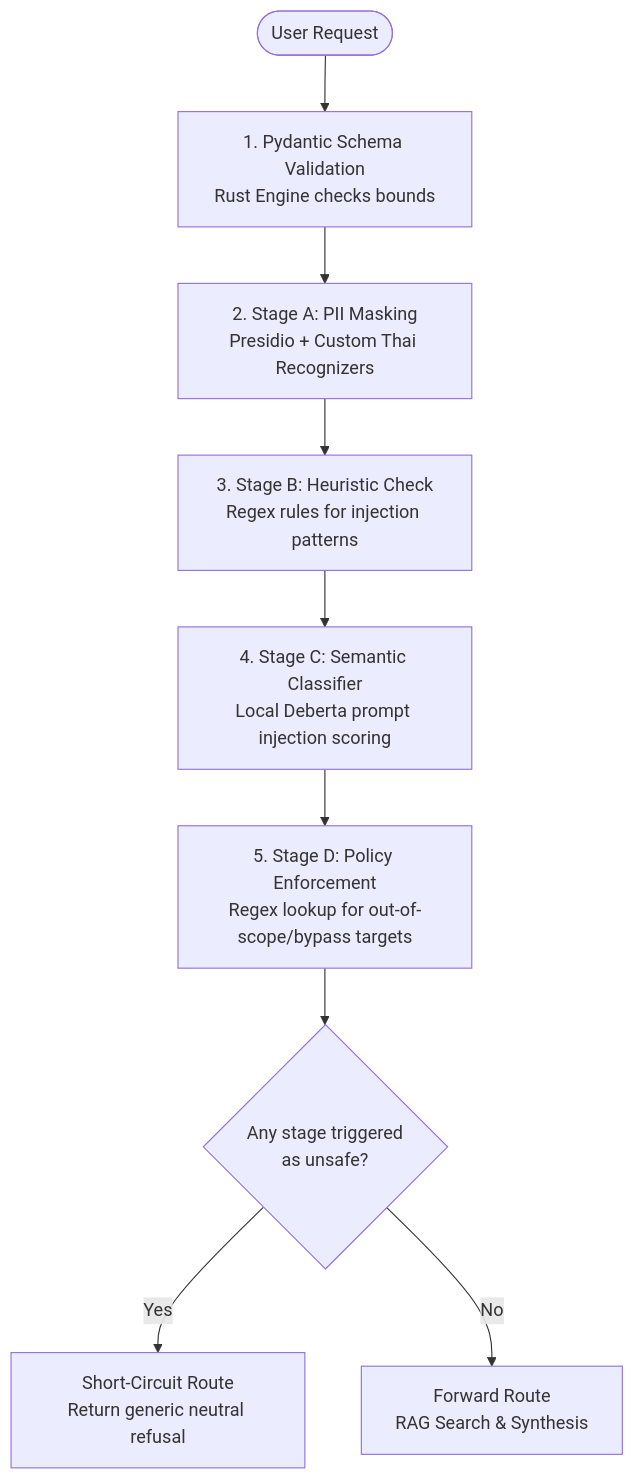
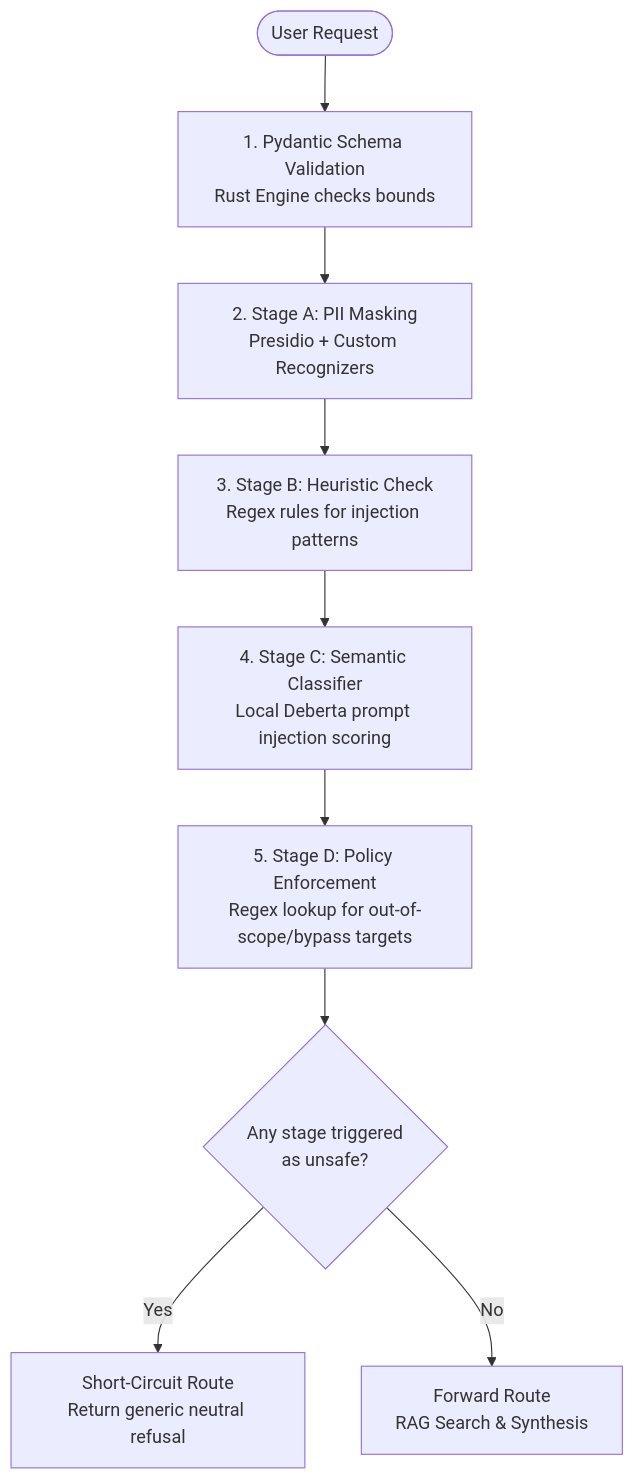
One commit to WinRafaelx/RAG-Policy-Assistant changed the diagram in docs/ADR-002-security-guardrail-layer.md. Above: the diagram before and after it, drawn with Mermaid. The commit also changed 2 other files, not shown here.

Commit message:
docs: remove incorrect data

````diff
--- a/docs/ADR-002-security-guardrail-layer.md
+++ b/docs/ADR-002-security-guardrail-layer.md
@@ -34,13 +34,13 @@
 ```mermaid
 graph TD
     Start([User Request]) --> Pydantic[1. Pydantic Schema Validation<br>Rust Engine checks bounds]
-    Pydantic --> StageA[2. Stage A: PII Masking<br>Presidio + Custom Thai Recognizers]
+    Pydantic --> StageA[2. Stage A: PII Masking<br>Presidio + Custom Recognizers]
     StageA --> StageB[3. Stage B: Heuristic Check<br>Regex rules for injection patterns]
     StageB --> StageC[4. Stage C: Semantic Classifier<br>Local Deberta prompt injection scoring]
     StageC --> StageD[5. Stage D: Policy Enforcement<br>Regex lookup for out-of-scope/bypass targets]
     
     StageD --> Decision{Any stage triggered<br>as unsafe?}
     
     Decision -- Yes --> Refusal[Short-Circuit Route<br>Return generic neutral refusal]
     Decision -- No --> Approved[Forward Route<br>RAG Search & Synthesis]
 ```
````
